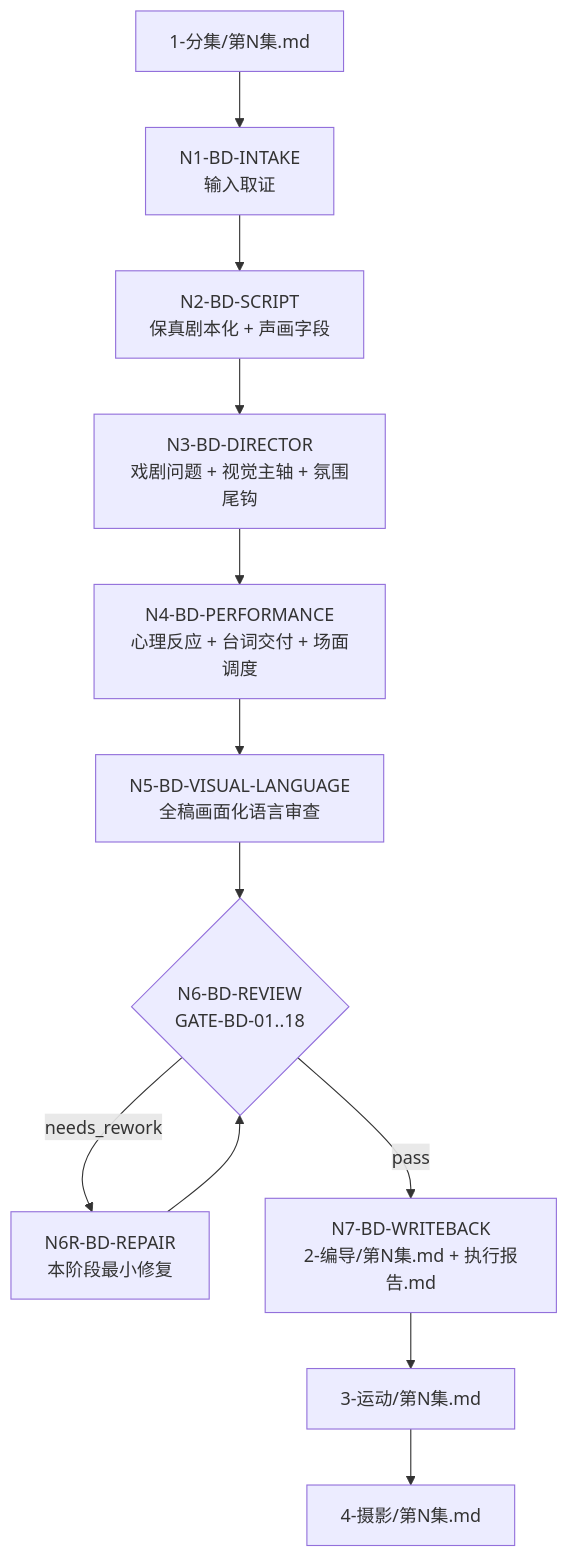
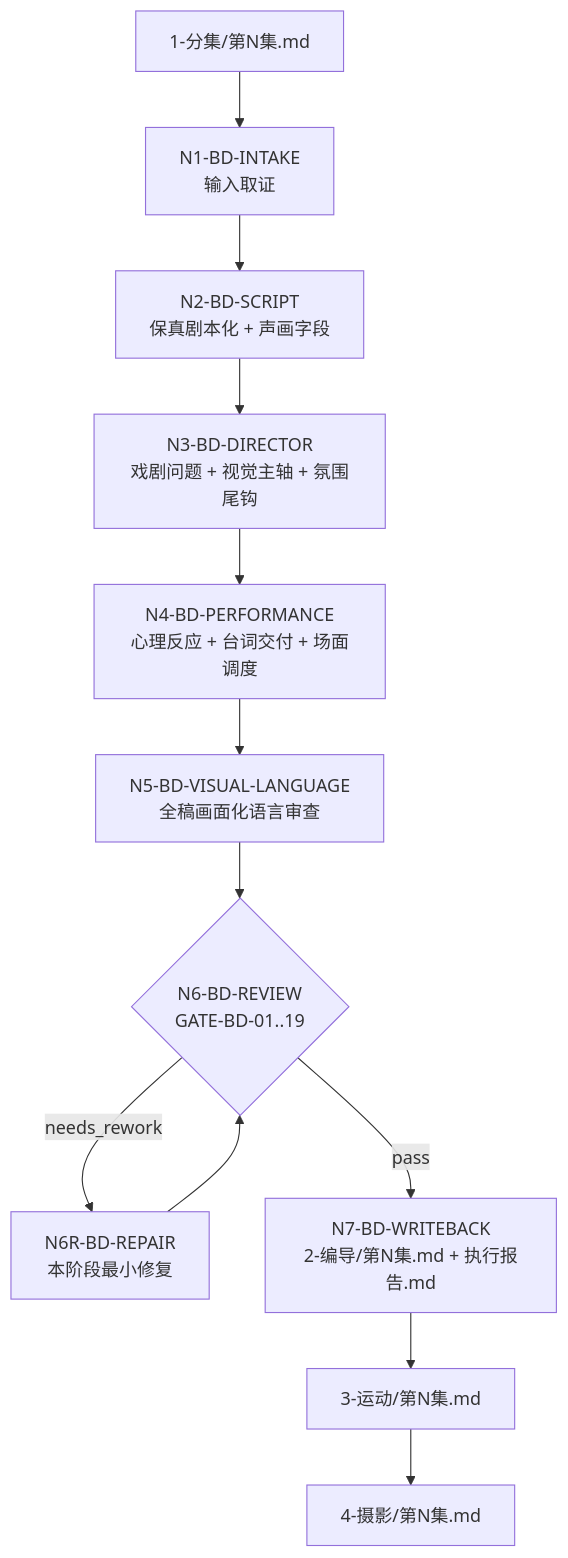
One commit to ZEN-VOID/AI-CUT changed the first of 2 diagrams in .agents/skills/aigc/2-编导/SKILL.md. Above: the diagram before and after it, drawn with Mermaid. The commit also changed other lines of this file and 19 other files, not shown here.

````diff
--- a/.agents/skills/aigc/2-编导/SKILL.md
+++ b/.agents/skills/aigc/2-编导/SKILL.md
@@ -102,14 +102,14 @@
 ```mermaid
 flowchart TD
     A["1-分集/第N集.md"] --> B["N1-BD-INTAKE\n输入取证"]
     B --> C["N2-BD-SCRIPT\n保真剧本化 + 声画字段"]
     C --> D["N3-BD-DIRECTOR\n戏剧问题 + 视觉主轴 + 氛围尾钩"]
     D --> E["N4-BD-PERFORMANCE\n心理反应 + 台词交付 + 场面调度"]
     E --> F["N5-BD-VISUAL-LANGUAGE\n全稿画面化语言审查"]
-    F --> G{"N6-BD-REVIEW\nGATE-BD-01..18"}
+    F --> G{"N6-BD-REVIEW\nGATE-BD-01..19"}
     G -->|"needs_rework"| R["N6R-BD-REPAIR\n本阶段最小修复"]
     R --> G
     G -->|"pass"| W["N7-BD-WRITEBACK\n2-编导/第N集.md + 执行报告.md"]
     W --> H["3-运动/第N集.md"]
     H --> I["4-摄影/第N集.md"]
 ```
````
